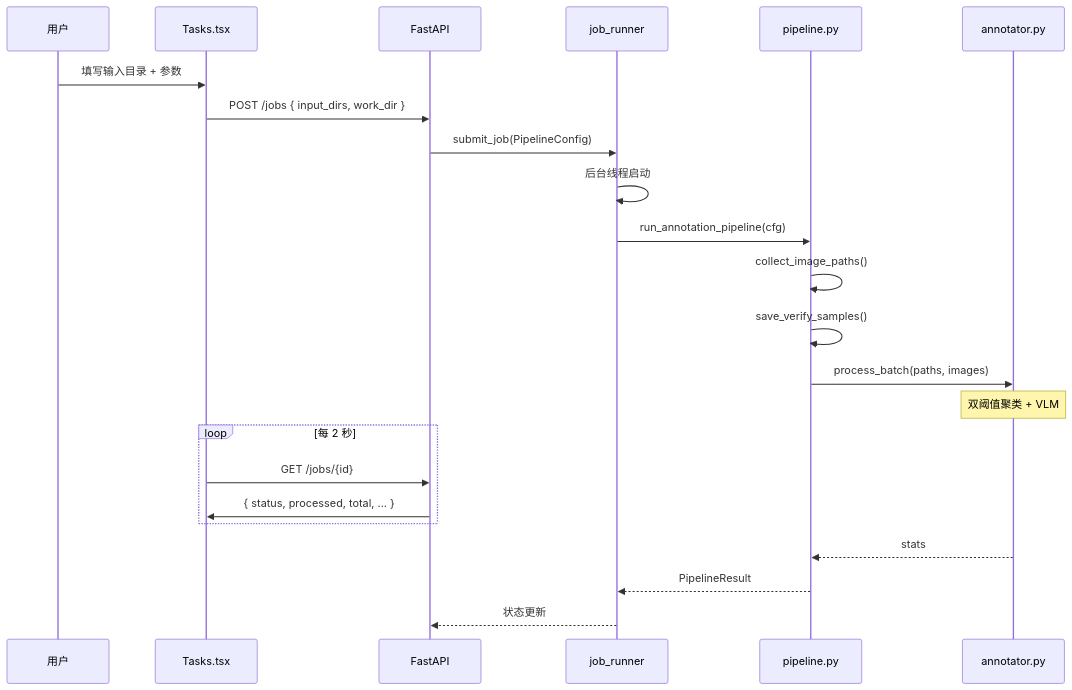
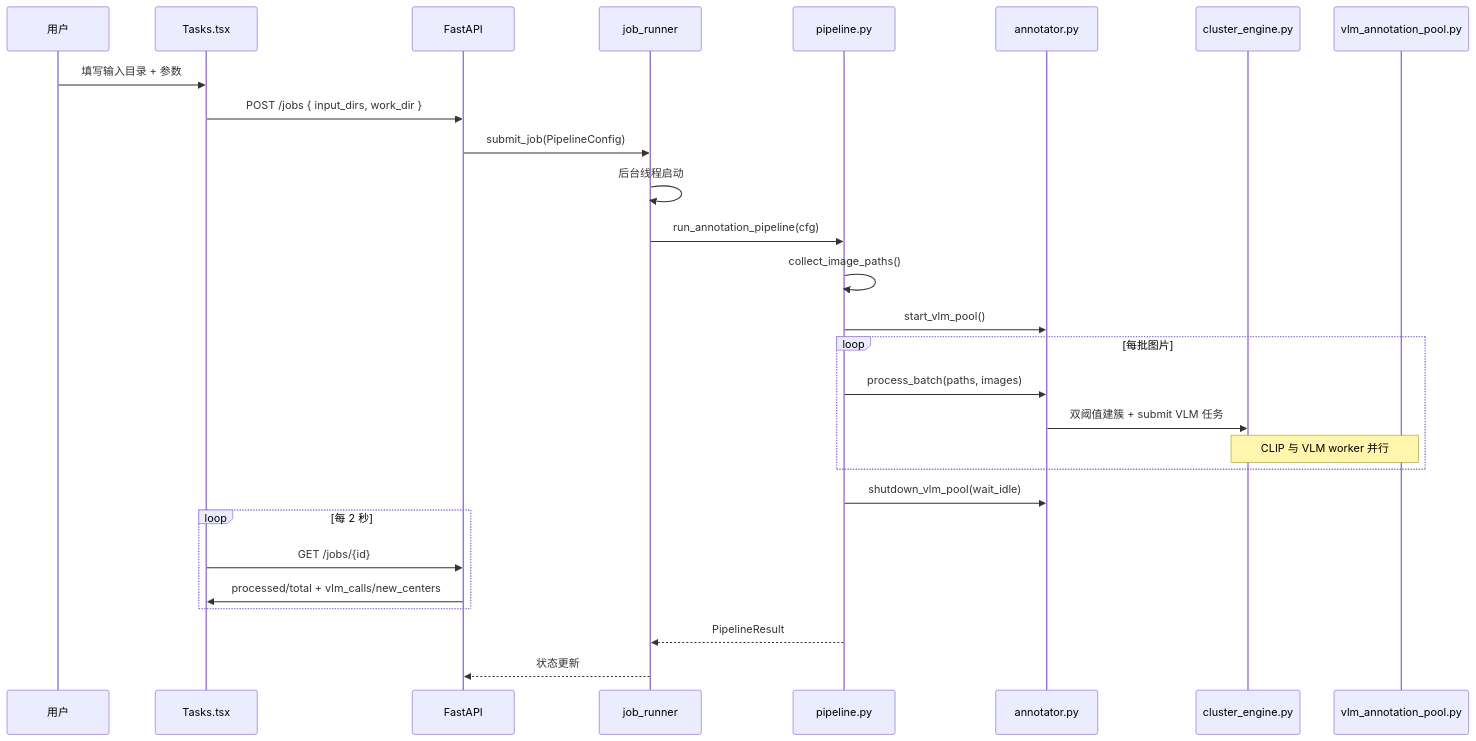
One commit to cantbeblank96/auto_tag changed the sixth of 8 diagrams in notes/for_developer/ARCHITECTURE.md. Above: the diagram before and after it, drawn with Mermaid. The commit also changed other lines of this file and 36 other files, not shown here.

First line of the commit message:
release: v0.0.3 — CLIP/VLM 解耦、时序调试与任务耗时/模型统计

````diff
--- a/notes/for_developer/ARCHITECTURE.md
+++ b/notes/for_developer/ARCHITECTURE.md
@@ -234,28 +273,33 @@
 ```mermaid
 sequenceDiagram
     participant User as 用户
     participant Tasks as Tasks.tsx
     participant API as FastAPI
     participant Runner as job_runner
     participant Pipeline as pipeline.py
     participant Annotator as annotator.py
+    participant Cluster as cluster_engine.py
+    participant Pool as vlm_annotation_pool.py
 
     User->>Tasks: 填写输入目录 + 参数
     Tasks->>API: POST /jobs { input_dirs, work_dir }
     API->>Runner: submit_job(PipelineConfig)
     Runner->>Runner: 后台线程启动
     Runner->>Pipeline: run_annotation_pipeline(cfg)
     Pipeline->>Pipeline: collect_image_paths()
-    Pipeline->>Pipeline: save_verify_samples()
-    Pipeline->>Annotator: process_batch(paths, images)
-    Note over Annotator: 双阈值聚类 + VLM
+    Pipeline->>Annotator: start_vlm_pool()
+    loop 每批图片
+        Pipeline->>Annotator: process_batch(paths, images)
+        Annotator->>Cluster: 双阈值建簇 + submit VLM 任务
+        Note over Cluster,Pool: CLIP 与 VLM worker 并行
+    end
+    Pipeline->>Annotator: shutdown_vlm_pool(wait_idle)
 
     loop 每 2 秒
         Tasks->>API: GET /jobs/{id}
-        API->>Tasks: { status, processed, total, ... }
+        API->>Tasks: processed/total + vlm_calls/new_centers
     end
 
-    Annotator-->>Pipeline: stats
     Pipeline-->>Runner: PipelineResult
     Runner-->>API: 状态更新
 ```
````
